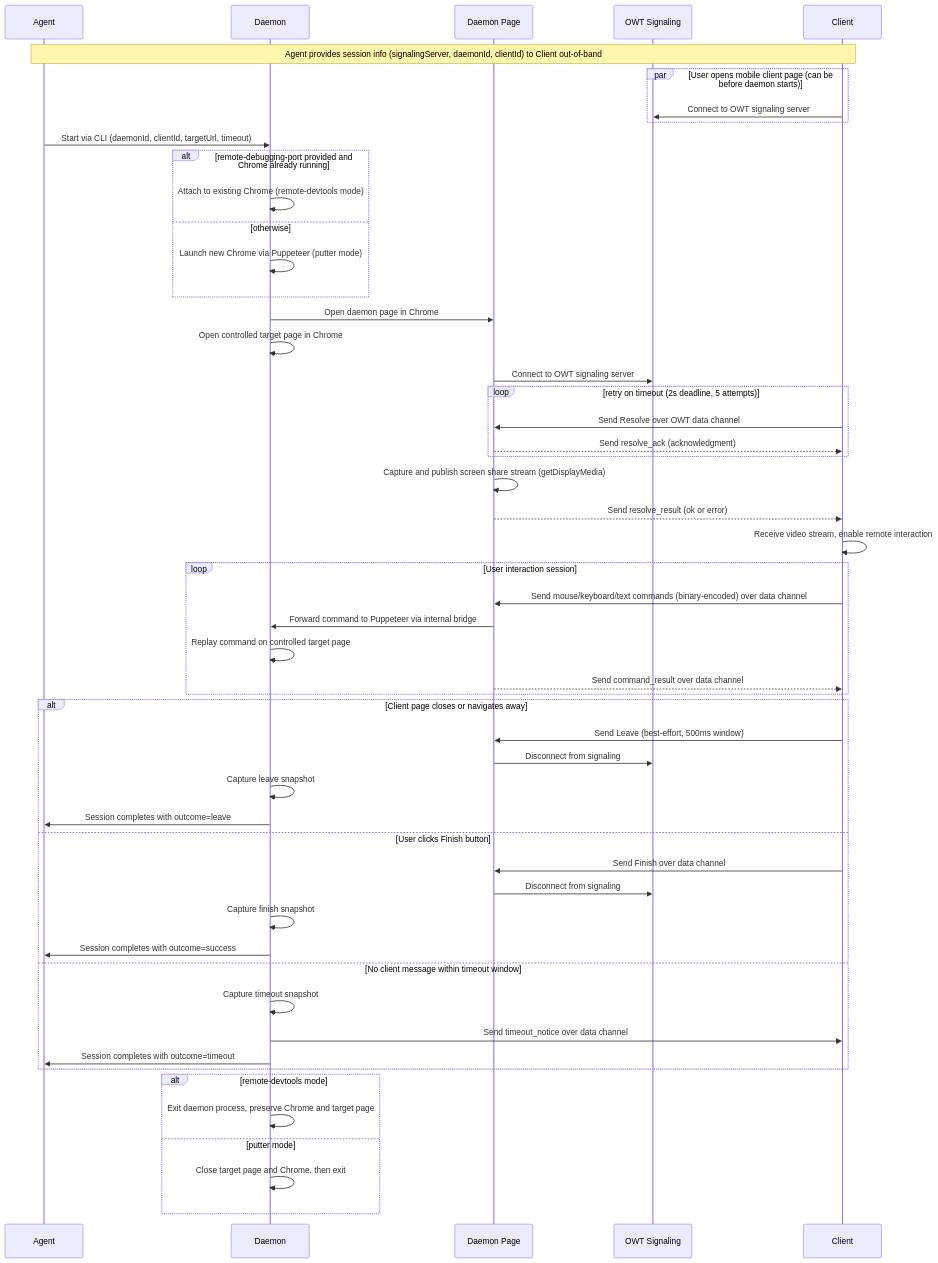
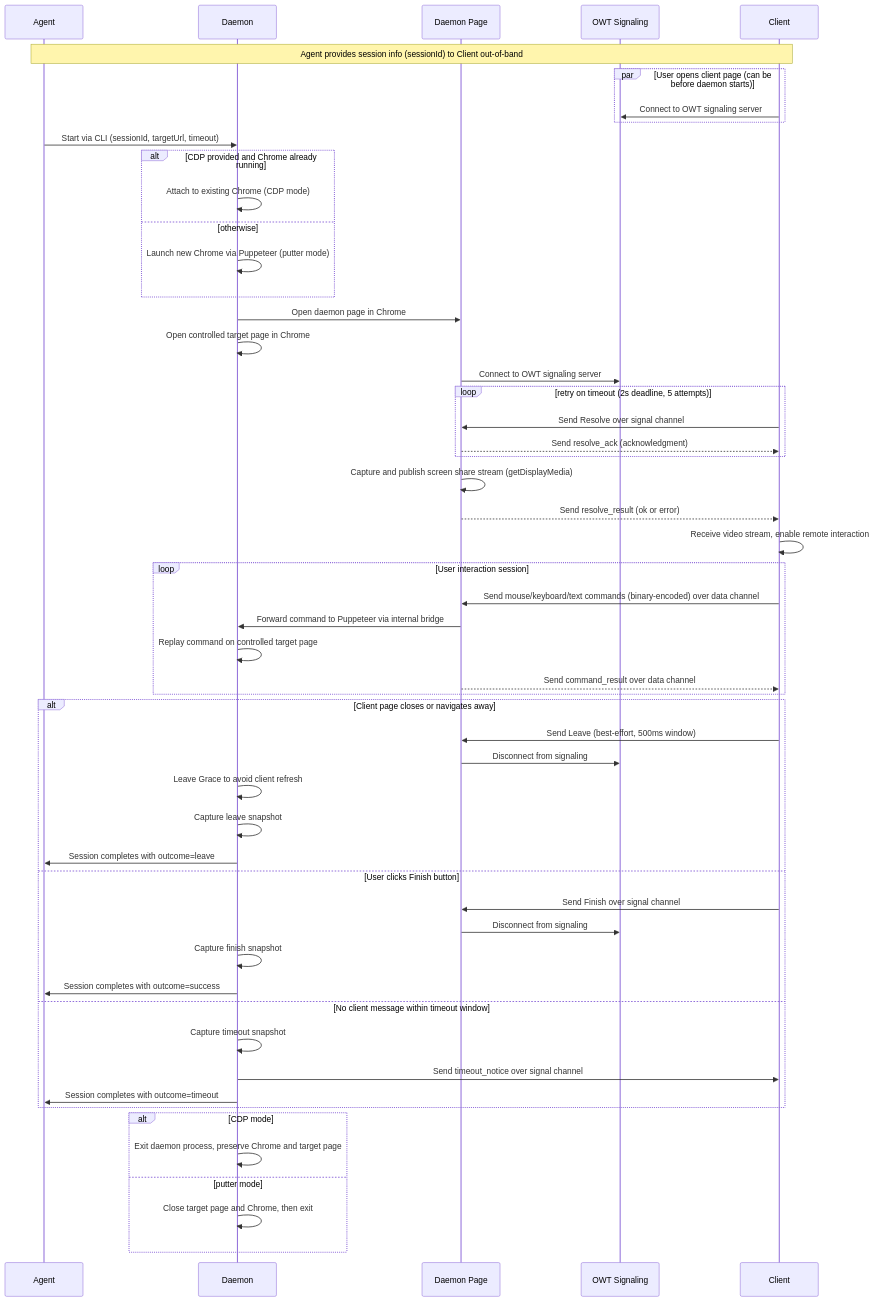
One commit to yzhou51/agentic-browser-lui changed the diagram in README.md. Above: the diagram before and after it, drawn with Mermaid. The commit also changed other lines of this file and 7 other files, not shown here.

````diff
--- a/README.md
+++ b/README.md
@@ -226,64 +226,65 @@
 ```mermaid
 sequenceDiagram
     participant Agent
     participant Daemon
     participant DaemonPage as Daemon Page
     participant Signal as OWT Signaling
     participant Client
 
-    Note over Agent,Client: Agent provides session info (signalingServer, daemonId, clientId) to Client out-of-band
+    Note over Agent,Client: Agent provides session info (sessionId) to Client out-of-band
 
-    par User opens mobile client page (can be before daemon starts)
+    par User opens client page (can be before daemon starts)
         Client->>Signal: Connect to OWT signaling server
     end
 
-    Agent->>Daemon: Start via CLI (daemonId, clientId, targetUrl, timeout)
+    Agent->>Daemon: Start via CLI (sessionId, targetUrl, timeout)
 
-    alt remote-debugging-port provided and Chrome already running
-        Daemon->>Daemon: Attach to existing Chrome (remote-devtools mode)
+    alt CDP provided and Chrome already running
+        Daemon->>Daemon: Attach to existing Chrome (CDP mode)
     else otherwise
         Daemon->>Daemon: Launch new Chrome via Puppeteer (putter mode)
     end
 
     Daemon->>DaemonPage: Open daemon page in Chrome
     Daemon->>Daemon: Open controlled target page in Chrome
     DaemonPage->>Signal: Connect to OWT signaling server
 
     loop retry on timeout (2s deadline,  5 attempts)
-        Client->>DaemonPage: Send Resolve over OWT data channel
+        Client->>DaemonPage: Send Resolve over signal channel
         DaemonPage-->>Client: Send resolve_ack (acknowledgment)
     end
 
     DaemonPage->>DaemonPage: Capture and publish screen share stream (getDisplayMedia)
     DaemonPage-->>Client: Send resolve_result (ok or error)
     Client->>Client: Receive video stream, enable remote interaction
 
     loop User interaction session
         Client->>DaemonPage: Send mouse/keyboard/text commands (binary-encoded) over data channel
         DaemonPage->>Daemon: Forward command to Puppeteer via internal bridge
         Daemon->>Daemon: Replay command on controlled target page
         DaemonPage-->>Client: Send command_result over data channel
     end
 
     alt Client page closes or navigates away
         Client->>DaemonPage: Send Leave (best-effort, 500ms window)
         DaemonPage->>Signal: Disconnect from signaling
+        Daemon->>Daemon: Leave Grace to avoid client refresh 
         Daemon->>Daemon: Capture leave snapshot
         Daemon->>Agent: Session completes with outcome=leave
     else User clicks Finish button
-        Client->>DaemonPage: Send Finish over data channel
+        Client->>DaemonPage: Send Finish over signal channel
         DaemonPage->>Signal: Disconnect from signaling
         Daemon->>Daemon: Capture finish snapshot
         Daemon->>Agent: Session completes with outcome=success
     else No client message within timeout window
         Daemon->>Daemon: Capture timeout snapshot
-        Daemon->>Client: Send timeout_notice over data channel
+        Daemon->>Client: Send timeout_notice over signal channel
         Daemon->>Agent: Session completes with outcome=timeout
     end
 
-    alt remote-devtools mode
+    alt CDP mode
         Daemon->>Daemon: Exit daemon process, preserve Chrome and target page
     else putter mode
         Daemon->>Daemon: Close target page and Chrome, then exit
     end
 ```
````
